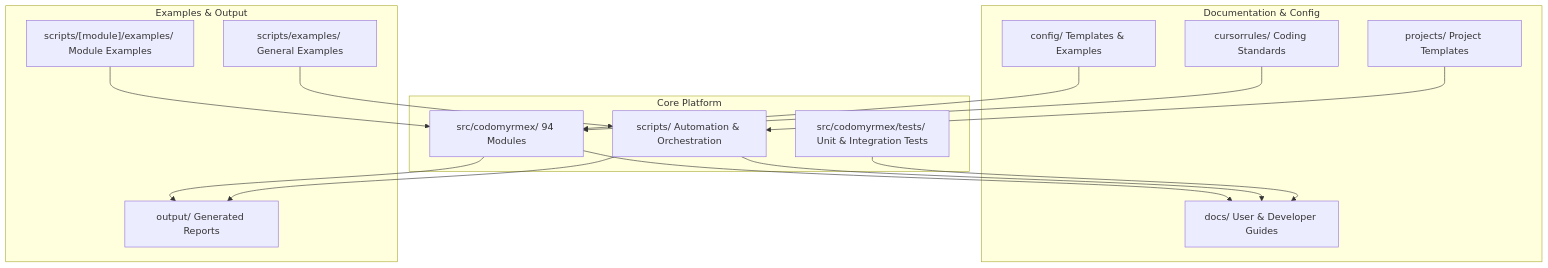
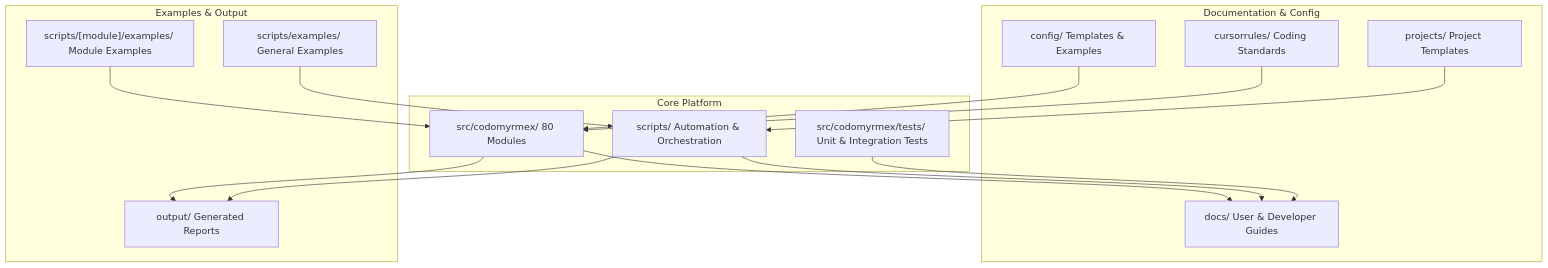
The seventh of 12 diagrams in README.md (docxology/codomyrmex), drawn with Mermaid before and after one commit. The commit also changed other lines of this file and 107 other files, not shown here.

````diff
--- a/README.md
+++ b/README.md
@@ -1052,32 +1026,32 @@
 ```mermaid
 graph TD
     subgraph corePlatform ["Core Platform"]
-        CoreSrc["src/codomyrmex/ 94 Modules"]
+        CoreSrc["src/codomyrmex/ 80 Modules"]
         CoreScripts["scripts/ Automation & Orchestration"]
         CoreTests["src/codomyrmex/tests/ Unit & Integration Tests"]
     end
 
     subgraph docsConfig ["Documentation & Config"]
         Docs["docs/ User & Developer Guides"]
         Config["config/ Templates & Examples"]
         Rules["cursorrules/ Coding Standards"]
         Projects["projects/ Project Templates"]
     end
 
     subgraph examplesOutput ["Examples & Output"]
         ModuleExamples["scripts/[module]/examples/ Module Examples"]
         Output["output/ Generated Reports"]
         ScriptsExamples["scripts/examples/ General Examples"]
     end
 
     CoreSrc --> Docs
     CoreScripts --> Docs
     CoreTests --> Docs
     Config --> CoreSrc
     Rules --> CoreSrc
     Projects --> CoreScripts
     ModuleExamples --> CoreSrc
     ScriptsExamples --> CoreScripts
     CoreSrc --> Output
     CoreScripts --> Output
 ```
````
